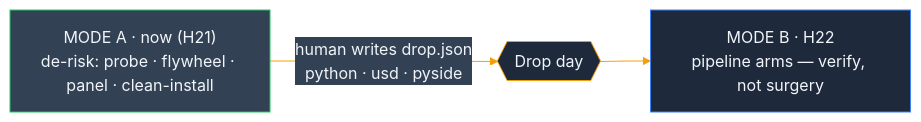
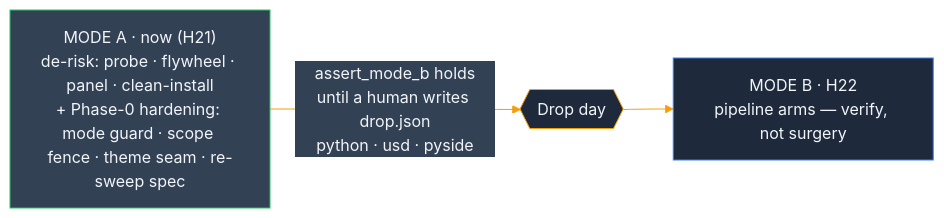
One commit to JosephOIbrahim/Synapse changed the second of 6 diagrams in README.md. Above: the diagram before and after it, drawn with Mermaid. The commit also changed other lines of this file and 4 other files, not shown here.

First line of the commit message:
release: v5.24.0 — H22 Phase-0 reconciled · five hardening gaps

````diff
--- a/README.md
+++ b/README.md
@@ -109,9 +109,9 @@
 ```mermaid
 %%{init: {'theme':'base', 'themeVariables': {'primaryColor':'#1e293b','primaryTextColor':'#f1f5f9','primaryBorderColor':'#0f172a','lineColor':'#f59e0b','secondaryColor':'#334155','tertiaryColor':'#475569'}}}%%
 flowchart LR
-    A["MODE A · now (H21)<br/>de-risk: probe · flywheel · panel · clean-install"]:::hou -->|"human writes drop.json<br/>python · usd · pyside"| G{{"Drop day"}}:::side
+    A["MODE A · now (H21)<br/>de-risk: probe · flywheel · panel · clean-install<br/>+ Phase-0 hardening: mode guard · scope fence · theme seam · re-sweep spec"]:::hou -->|"assert_mode_b holds<br/>until a human writes drop.json<br/>python · usd · pyside"| G{{"Drop day"}}:::side
     G --> B["MODE B · H22<br/>pipeline arms — verify, not surgery"]:::panel
     classDef panel fill:#1e293b,stroke:#3b82f6,color:#f1f5f9
     classDef hou fill:#334155,stroke:#22c55e,color:#f1f5f9
     classDef side fill:#1e293b,stroke:#f59e0b,color:#f1f5f9
 ```
````
